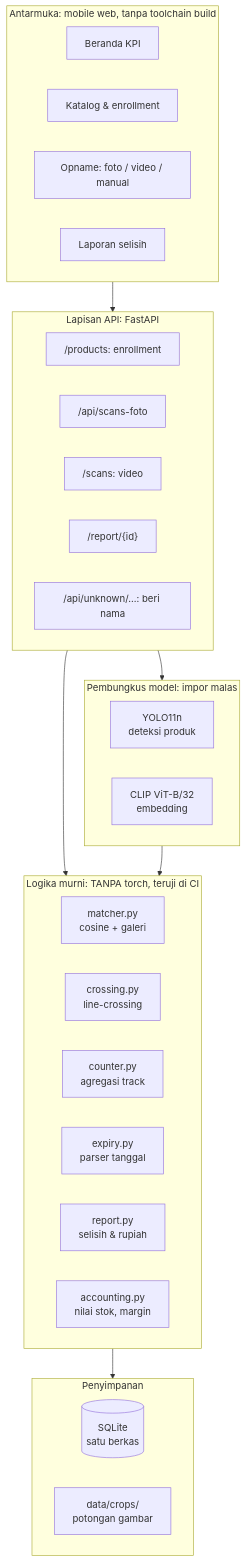
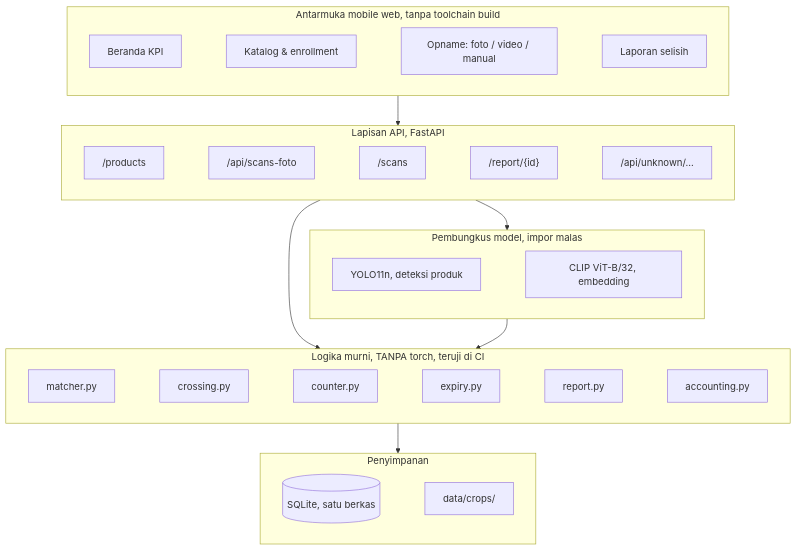
Before and after one commit to marshal-rizky/Stocklens: the first of 11 diagrams in docs/proposal/DRAFT-PROPOSAL.md, drawn with Mermaid. The commit also changed other lines of this file and 2 other files, not shown here.

````diff
--- a/docs/proposal/DRAFT-PROPOSAL.md
+++ b/docs/proposal/DRAFT-PROPOSAL.md
@@ -115,42 +115,28 @@
 ```mermaid
 flowchart TB
-    subgraph UI["Antarmuka: mobile web, tanpa toolchain build"]
-        A1["Beranda KPI"]
-        A2["Katalog & enrollment"]
-        A3["Opname: foto / video / manual"]
-        A4["Laporan selisih"]
+    subgraph UI["Antarmuka mobile web, tanpa toolchain build"]
+        direction LR
+        A1["Beranda KPI"] ~~~ A2["Katalog & enrollment"] ~~~ A3["Opname: foto / video / manual"] ~~~ A4["Laporan selisih"]
     end
-
-    subgraph API["Lapisan API: FastAPI"]
-        B1["/products: enrollment"]
-        B2["/api/scans-foto"]
-        B3["/scans: video"]
-        B4["/report/{id}"]
-        B5["/api/unknown/...: beri nama"]
+    subgraph API["Lapisan API, FastAPI"]
+        direction LR
+        B1["/products"] ~~~ B2["/api/scans-foto"] ~~~ B3["/scans"] ~~~ B4["/report/{id}"] ~~~ B5["/api/unknown/..."]
     end
-
-    subgraph CORE["Logika murni: TANPA torch, teruji di CI"]
-        C1["matcher.py<br/>cosine + galeri"]
-        C2["crossing.py<br/>line-crossing"]
-        C3["counter.py<br/>agregasi track"]
-        C4["expiry.py<br/>parser tanggal"]
-        C5["report.py<br/>selisih & rupiah"]
-        C6["accounting.py<br/>nilai stok, margin"]
+    subgraph CORE["Logika murni, TANPA torch, teruji di CI"]
+        direction LR
+        C1["matcher.py"] ~~~ C2["crossing.py"] ~~~ C3["counter.py"] ~~~ C4["expiry.py"] ~~~ C5["report.py"] ~~~ C6["accounting.py"]
     end
-
-    subgraph HEAVY["Pembungkus model: impor malas"]
-        D1["YOLO11n<br/>deteksi produk"]
-        D2["CLIP ViT-B/32<br/>embedding"]
+    subgraph HEAVY["Pembungkus model, impor malas"]
+        direction LR
+        D1["YOLO11n, deteksi produk"] ~~~ D2["CLIP ViT-B/32, embedding"]
     end
-
     subgraph DATA["Penyimpanan"]
-        E1[("SQLite<br/>satu berkas")]
-        E2["data/crops/<br/>potongan gambar"]
+        direction LR
+        E1[("SQLite, satu berkas")] ~~~ E2["data/crops/"]
     end
-
     UI --> API
     API --> CORE
     API --> HEAVY
+    HEAVY --> CORE
     CORE --> DATA
-    HEAVY --> CORE
 ```
````
